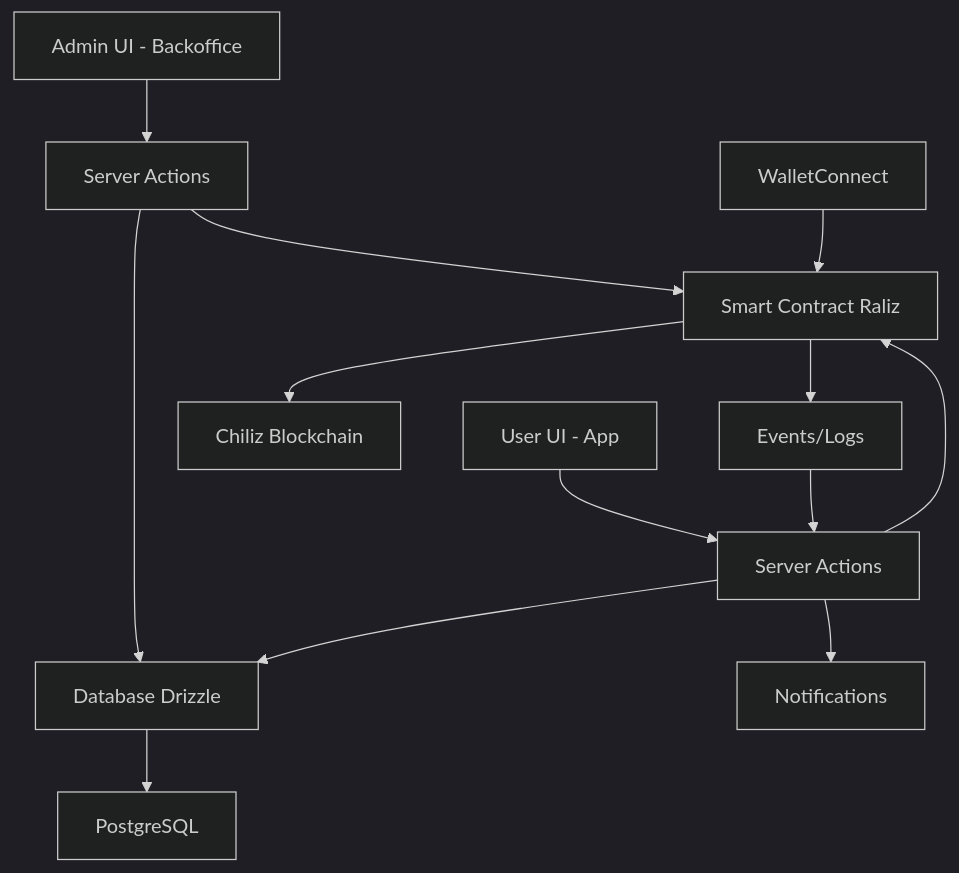
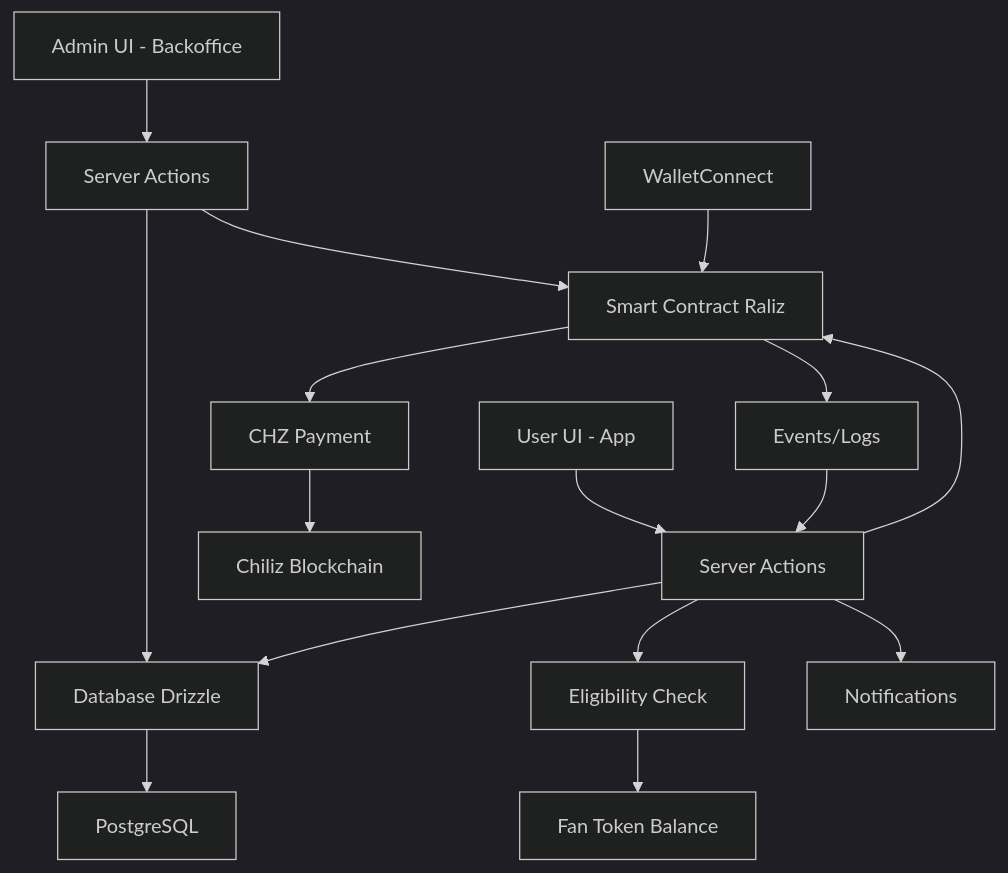
The diagram in docs/global.md (plvo/raliz), drawn with Mermaid (dark theme) before and after one commit. The commit also changed other lines of this file and 20 other files, not shown here.

Commit message:
feat: add ethers dependency and implement raffle eligibility checks with CHZ payments

````diff
--- a/docs/global.md
+++ b/docs/global.md
@@ -339,18 +366,21 @@
 ```mermaid
 graph TD
     A[Admin UI - Backoffice] --> B[Server Actions]
     B --> C[Database Drizzle]
     B --> D[Smart Contract Raliz]
     
     E[User UI - App] --> F[Server Actions]
+    F --> G[Eligibility Check]
+    G --> H[Fan Token Balance]
     F --> C
     F --> D
     
-    G[WalletConnect] --> D
-    D --> H[Chiliz Blockchain]
+    I[WalletConnect] --> D
+    D --> J[CHZ Payment]
+    J --> K[Chiliz Blockchain]
     
-    C --> I[PostgreSQL]
-    D --> J[Events/Logs]
-    J --> F
-    F --> K[Notifications]
+    C --> L[PostgreSQL]
+    D --> M[Events/Logs]
+    M --> F
+    F --> N[Notifications]
 ```
````
